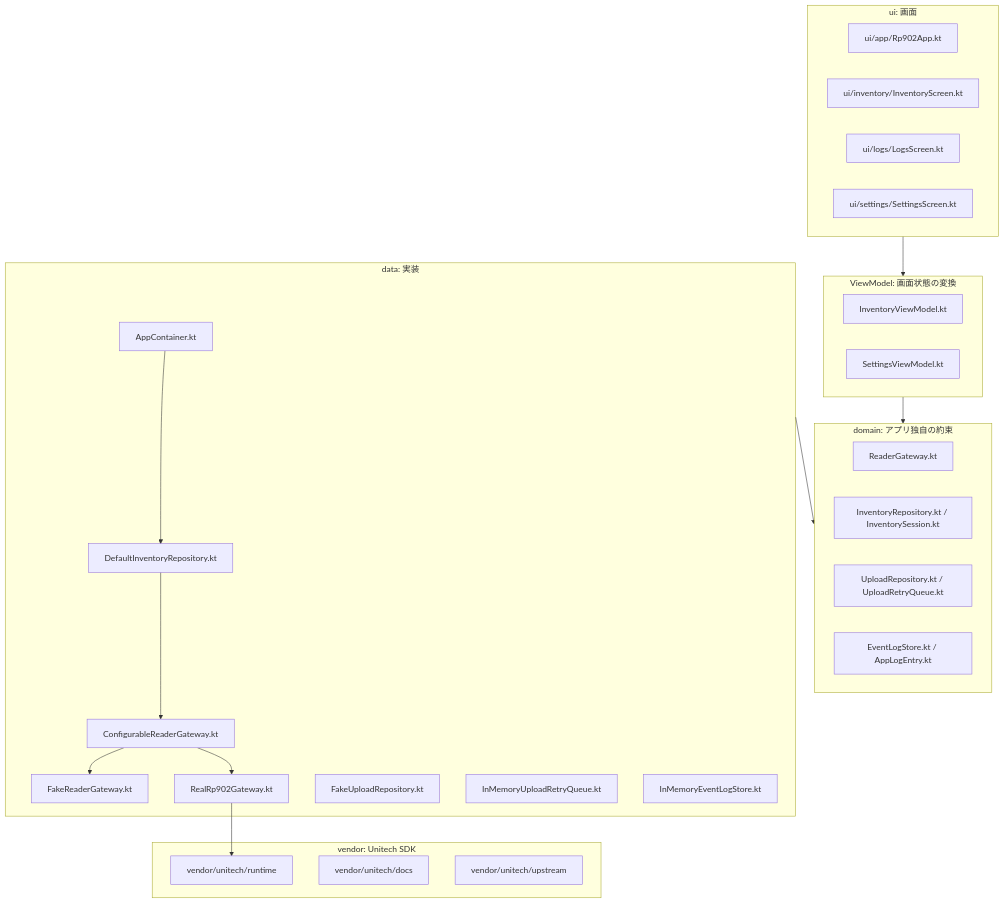
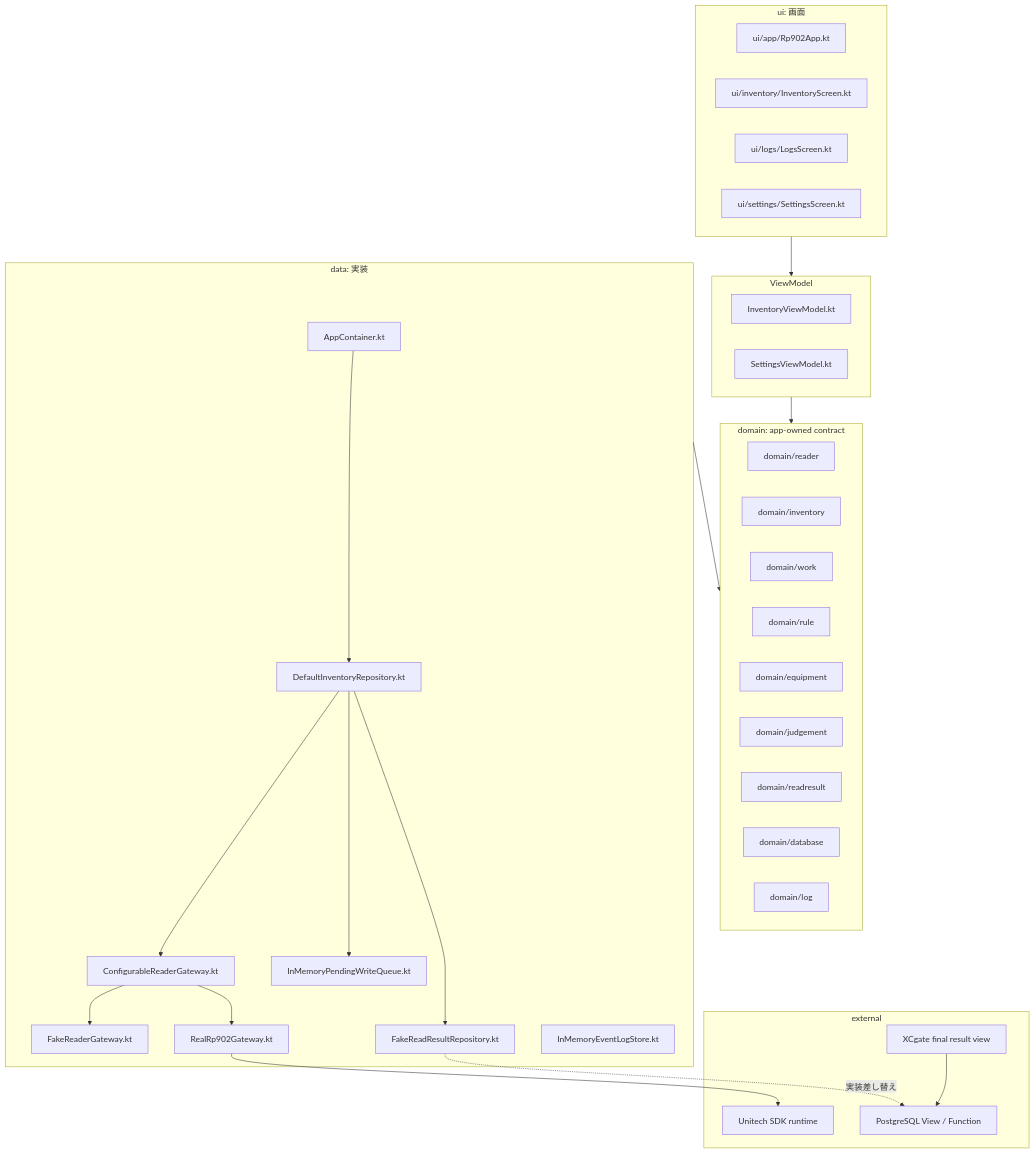
Before and after one commit to kuroronrobins/TraceLink: the diagram in AndroidStudio/RP902App/docs/onboarding/01_全体構成.md, drawn with Mermaid. The commit also changed other lines of this file and 83 other files, not shown here.

````diff
--- a/AndroidStudio/RP902App/docs/onboarding/01_全体構成.md
+++ b/AndroidStudio/RP902App/docs/onboarding/01_全体構成.md
@@ -7,47 +7,56 @@
 ```mermaid
 flowchart TB
     subgraph UI["ui: 画面"]
         App["ui/app/Rp902App.kt"]
         InvScreen["ui/inventory/InventoryScreen.kt"]
         LogsScreen["ui/logs/LogsScreen.kt"]
         SettingsScreen["ui/settings/SettingsScreen.kt"]
     end
 
-    subgraph VM["ViewModel: 画面状態の変換"]
+    subgraph VM["ViewModel"]
         InvVM["InventoryViewModel.kt"]
         SettingsVM["SettingsViewModel.kt"]
     end
 
-    subgraph Domain["domain: アプリ独自の約束"]
-        ReaderContract["ReaderGateway.kt"]
-        InventoryContract["InventoryRepository.kt / InventorySession.kt"]
-        UploadContract["UploadRepository.kt / UploadRetryQueue.kt"]
-        LogContract["EventLogStore.kt / AppLogEntry.kt"]
+    subgraph Domain["domain: app-owned contract"]
+        ReaderContract["domain/reader"]
+        InventoryContract["domain/inventory"]
+        WorkContract["domain/work"]
+        RuleContract["domain/rule"]
+        EquipmentContract["domain/equipment"]
+        JudgementContract["domain/judgement"]
+        ResultContract["domain/readresult"]
+        DatabaseContract["domain/database"]
+        LogContract["domain/log"]
     end
 
     subgraph Data["data: 実装"]
         AppContainer["AppContainer.kt"]
         InventoryRepo["DefaultInventoryRepository.kt"]
         ConfigGateway["ConfigurableReaderGateway.kt"]
         FakeGateway["FakeReaderGateway.kt"]
         RealGateway["RealRp902Gateway.kt"]
-        UploadFake["FakeUploadRepository.kt"]
-        RetryQueue["InMemoryUploadRetryQueue.kt"]
+        ResultFake["FakeReadResultRepository.kt"]
+        PendingQueue["InMemoryPendingWriteQueue.kt"]
         LogStore["InMemoryEventLogStore.kt"]
     end
 
-    subgraph Vendor["vendor: Unitech SDK"]
-        Runtime["vendor/unitech/runtime"]
-        Docs["vendor/unitech/docs"]
-        Upstream["vendor/unitech/upstream"]
+    subgraph External["external"]
+        Runtime["Unitech SDK runtime"]
+        PG["PostgreSQL View / Function"]
+        XC["XCgate final result view"]
     end
 
     UI --> VM
     VM --> Domain
     Data --> Domain
     AppContainer --> InventoryRepo
     InventoryRepo --> ConfigGateway
+    InventoryRepo --> ResultFake
+    InventoryRepo --> PendingQueue
     ConfigGateway --> FakeGateway
     ConfigGateway --> RealGateway
     RealGateway --> Runtime
+    ResultFake -. "実装差し替え" .-> PG
+    XC --> PG
 ```
````
